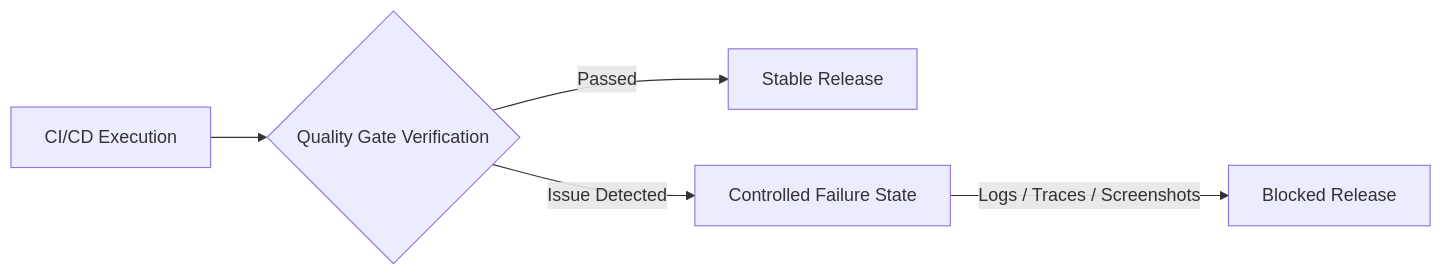
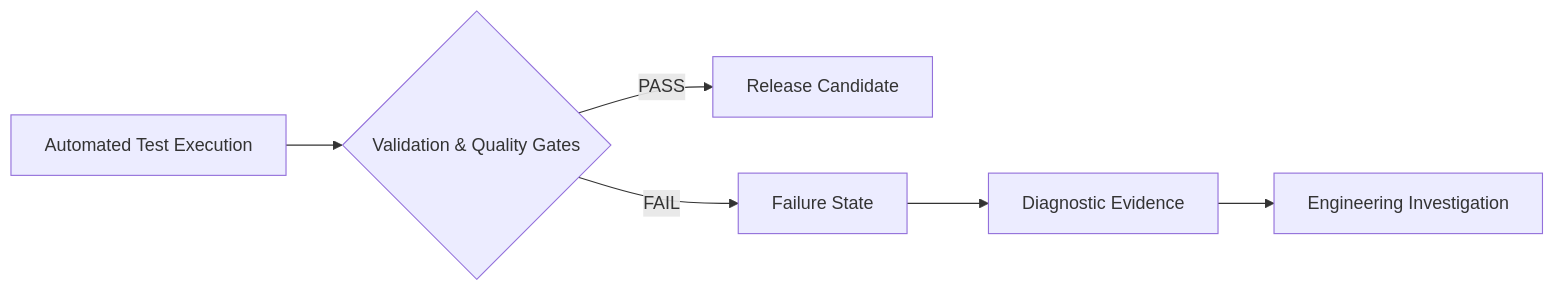
The diagram in README.md (brunofulia/Portfolio), drawn with Mermaid before and after one commit. The commit also changed other lines of this file, not shown here.

````diff
--- a/README.md
+++ b/README.md
@@ -48,7 +48,8 @@
 ```mermaid
 graph LR
-    A[CI/CD Execution] --> B{Quality Gate Verification}
-    B -->|Passed| C[Stable Release]
-    B -->|Issue Detected| D[Controlled Failure State]
-    D -->|Logs / Traces / Screenshots| E[Blocked Release]
+    A[Automated Test Execution] --> B{Validation & Quality Gates}
+    B -->|PASS| C[Release Candidate]
+    B -->|FAIL| D[Failure State]
+    D --> E[Diagnostic Evidence]
+    E --> F[Engineering Investigation]
 ```
````
